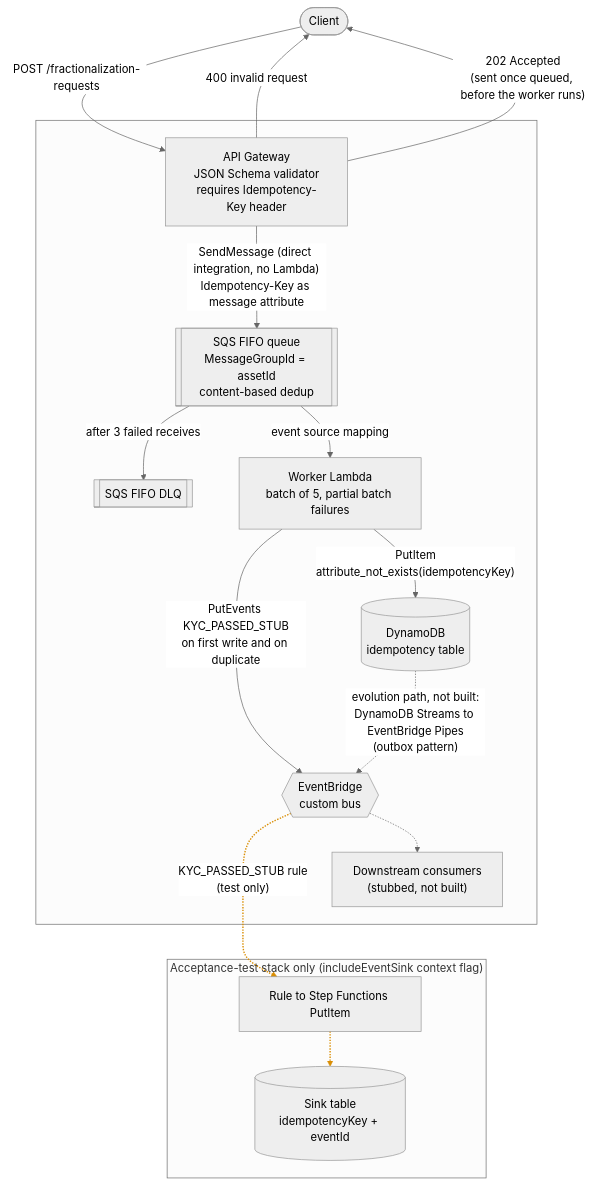
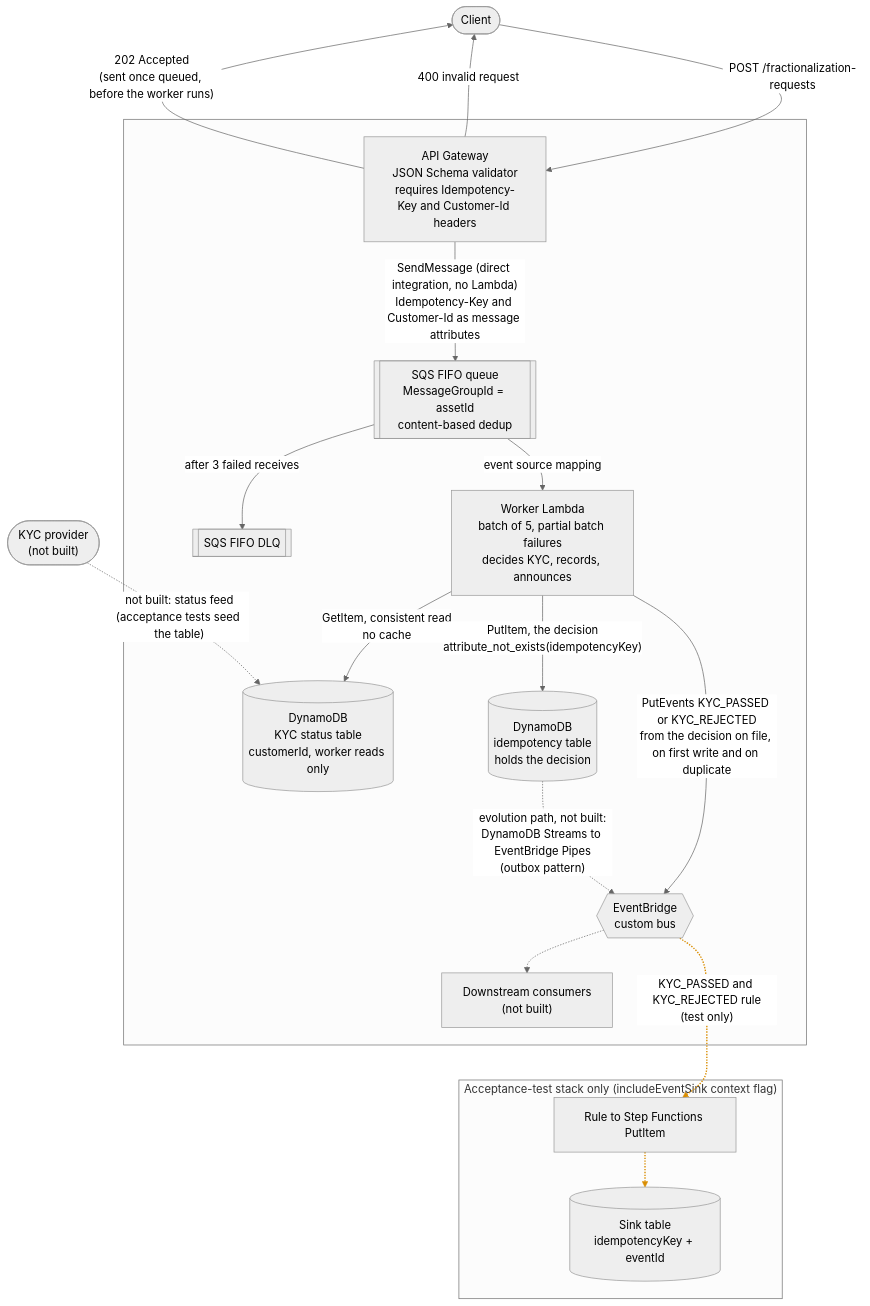
The diagram in docs/architecture.md (neil-armstrong-fig/event-driven-ledger-example), drawn with Mermaid (neutral theme) before and after one commit. The commit also changed other lines of this file and 85 other files, not shown here.

Commit message:
Add initial and basic KYC integration

````diff
--- a/docs/architecture.md
+++ b/docs/architecture.md
@@ -5,38 +5,42 @@
 ```mermaid
 flowchart TB
     client([Client])
+    provider(["KYC provider<br/>(not built)"])
 
     subgraph aws[" "]
-        apigw["API Gateway<br/>JSON Schema validator<br/>requires Idempotency-Key header"]
+        apigw["API Gateway<br/>JSON Schema validator<br/>requires Idempotency-Key and Customer-Id headers"]
         queue[["SQS FIFO queue<br/>MessageGroupId = assetId<br/>content-based dedup"]]
         dlq[["SQS FIFO DLQ"]]
-        worker["Worker Lambda<br/>batch of 5, partial batch failures"]
-        table[("DynamoDB<br/>idempotency table")]
+        worker["Worker Lambda<br/>batch of 5, partial batch failures<br/>decides KYC, records, announces"]
+        kyctable[("DynamoDB<br/>KYC status table<br/>customerId, worker reads only")]
+        table[("DynamoDB<br/>idempotency table<br/>holds the decision")]
         bus{{"EventBridge<br/>custom bus"}}
-        downstream["Downstream consumers<br/>(stubbed, not built)"]
+        downstream["Downstream consumers<br/>(not built)"]
     end
 
     client -- "POST /fractionalization-requests" --> apigw
     apigw -- "400 invalid request" --> client
-    apigw -- "SendMessage (direct integration, no Lambda)<br/>Idempotency-Key as message attribute" --> queue
+    apigw -- "SendMessage (direct integration, no Lambda)<br/>Idempotency-Key and Customer-Id as message attributes" --> queue
     apigw -- "202 Accepted<br/>(sent once queued, before the worker runs)" --> client
     queue -- "after 3 failed receives" --> dlq
     queue -- "event source mapping" --> worker
-    worker -- "PutItem<br/>attribute_not_exists(idempotencyKey)" --> table
-    worker -- "PutEvents KYC_PASSED_STUB<br/>on first write and on duplicate" --> bus
+    worker -- "GetItem, consistent read<br/>no cache" --> kyctable
+    worker -- "PutItem, the decision<br/>attribute_not_exists(idempotencyKey)" --> table
+    worker -- "PutEvents KYC_PASSED or KYC_REJECTED<br/>from the decision on file, on first write and on duplicate" --> bus
     bus -.-> downstream
 
     table -. "evolution path, not built:<br/>DynamoDB Streams to EventBridge Pipes<br/>(outbox pattern)" .-> bus
+    provider -. "not built: status feed<br/>(acceptance tests seed the table)" .-> kyctable
 
     subgraph test["Acceptance-test stack only (includeEventSink context flag)"]
         sink["Rule to Step Functions PutItem"]
         sinktable[("Sink table<br/>idempotencyKey + eventId")]
     end
 
-    bus -. "KYC_PASSED_STUB rule<br/>(test only)" .-> sink
+    bus -. "KYC_PASSED and KYC_REJECTED rule<br/>(test only)" .-> sink
     sink -.-> sinktable
 
     downstream ~~~ sink
 
-    linkStyle 10,11 stroke:#d98e04,stroke-width:2px
+    linkStyle 12,13 stroke:#d98e04,stroke-width:2px
 ```
````
